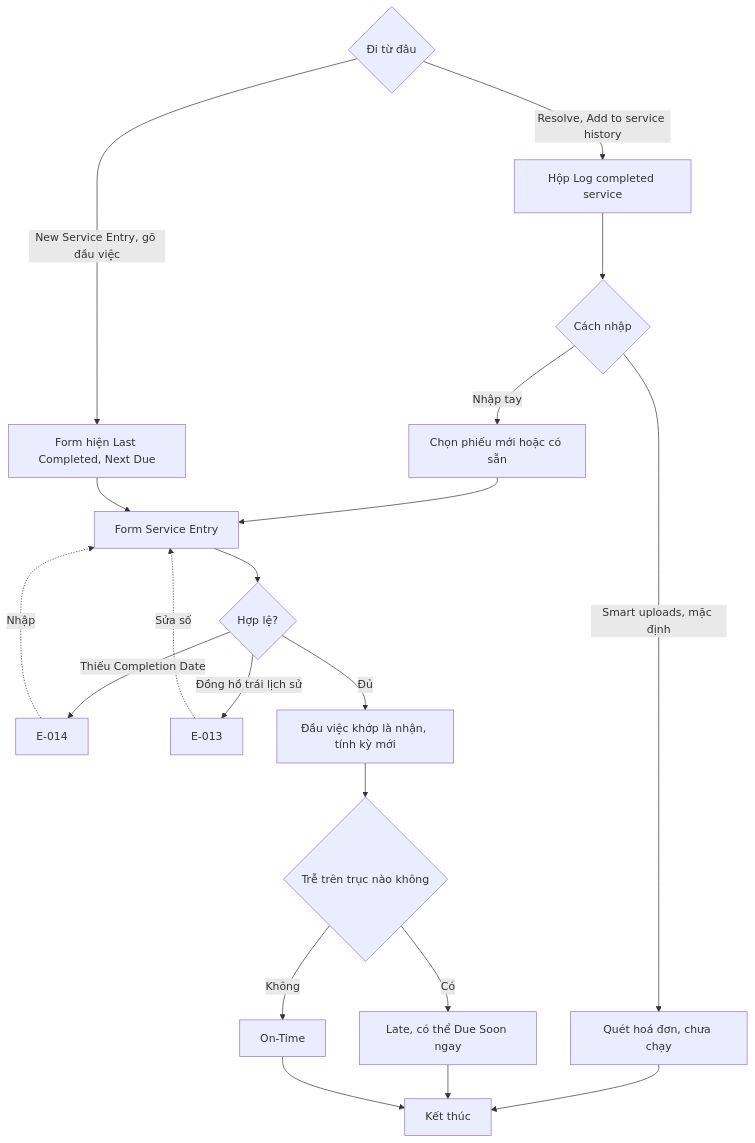
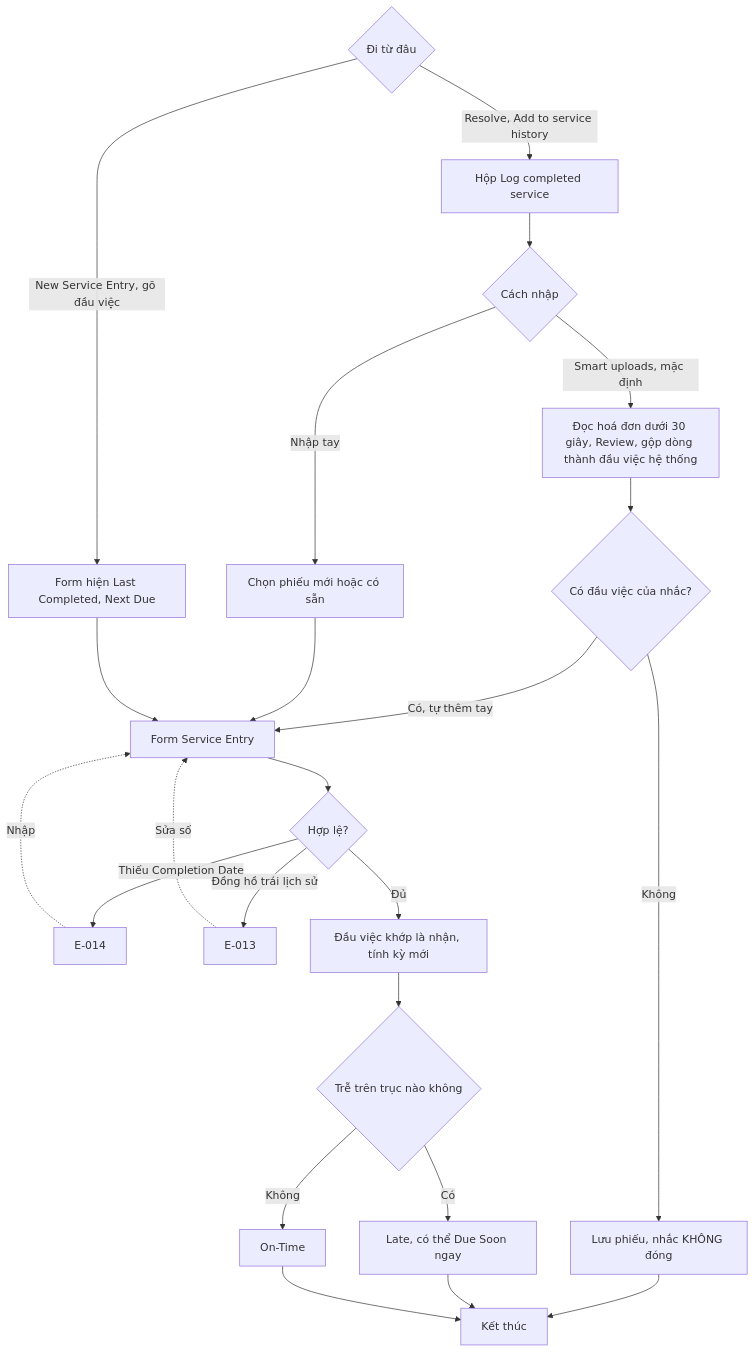
The fifth of 17 diagrams in docs/_research/fleetio/srs/fleetio-reminders-inspection-flows.md (szitphan/invlogis), drawn with Mermaid before and after one commit. The commit also changed other lines of this file and 113 other files, not shown here.

````diff
--- a/docs/_research/fleetio/srs/fleetio-reminders-inspection-flows.md
+++ b/docs/_research/fleetio/srs/fleetio-reminders-inspection-flows.md
@@ -126,23 +126,26 @@
 ```mermaid
 flowchart TD
     A{"Đi từ đâu"}
     A -->|"Resolve, Add to service history"| B["Hộp Log completed service"]
     A -->|"New Service Entry, gõ đầu việc"| C["Form hiện Last Completed, Next Due"]
     B --> D{"Cách nhập"}
-    D -->|"Smart uploads, mặc định"| E["Quét hoá đơn, chưa chạy"]
+    D -->|"Smart uploads, mặc định"| E["Đọc hoá đơn dưới 30 giây, Review, gộp dòng thành đầu việc hệ thống"]
+    E --> E0{"Có đầu việc của nhắc?"}
+    E0 -->|"Có, tự thêm tay"| G
+    E0 -->|"Không"| E00["Lưu phiếu, nhắc KHÔNG đóng"]
     D -->|"Nhập tay"| F["Chọn phiếu mới hoặc có sẵn"]
     F --> G["Form Service Entry"]
     C --> G
     G --> H{"Hợp lệ?"}
     H -->|"Thiếu Completion Date"| E14["E-014"]
     H -->|"Đồng hồ trái lịch sử"| E13["E-013"]
     E14 -.->|"Nhập"| G
     E13 -.->|"Sửa số"| G
     H -->|"Đủ"| I["Đầu việc khớp là nhận, tính kỳ mới"]
     I --> J{"Trễ trên trục nào không"}
     J -->|"Có"| K["Late, có thể Due Soon ngay"]
     J -->|"Không"| L["On-Time"]
-    E --> End["Kết thúc"]
+    E00 --> End["Kết thúc"]
     K --> End["Kết thúc"]
     L --> End["Kết thúc"]
 ```
````
